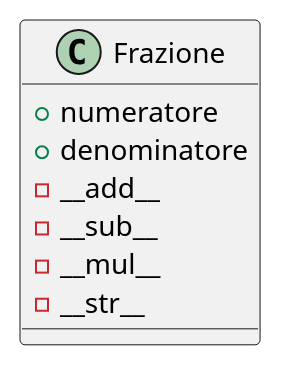
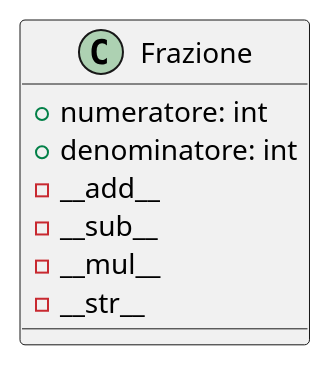
Before and after one commit to LorenzoPezzolesi/esercizi_python_4M: the diagram in pezzolesi_es_10.puml, drawn with PlantUML. The commit also changed 1 other file, not shown here.

```diff
--- a/pezzolesi_es_10.puml
+++ b/pezzolesi_es_10.puml
@@ -1,13 +1,13 @@
 @startuml es 10
 
 class Frazione{
-    + numeratore
-    + denominatore
+    + numeratore: int
+    + denominatore: int
     - __add__
     - __sub__ 
     - __mul__ 
     - __str__
 
 }
 
 @enduml
```
